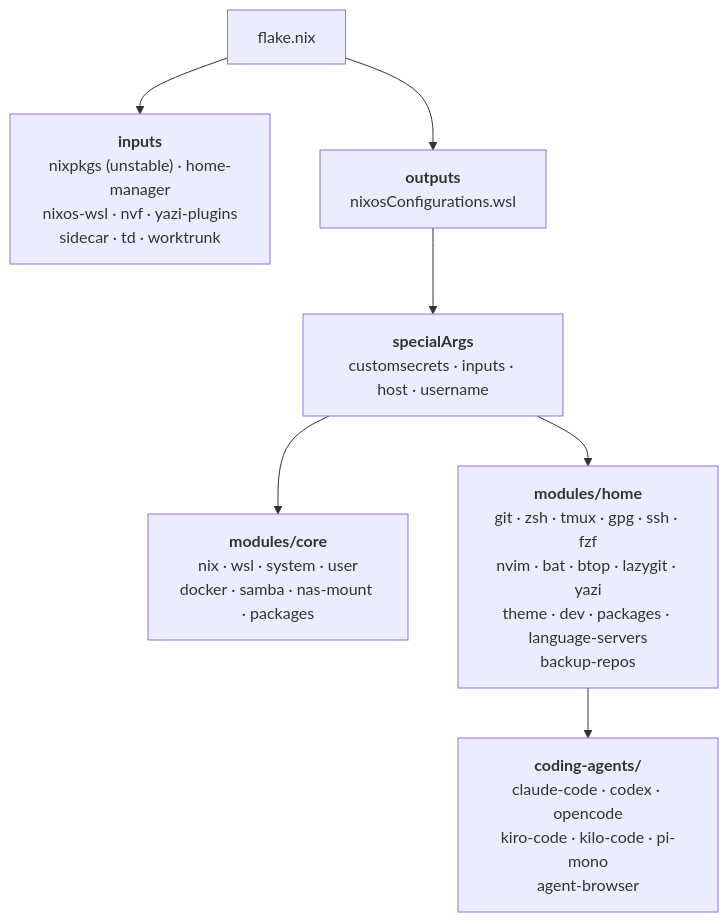
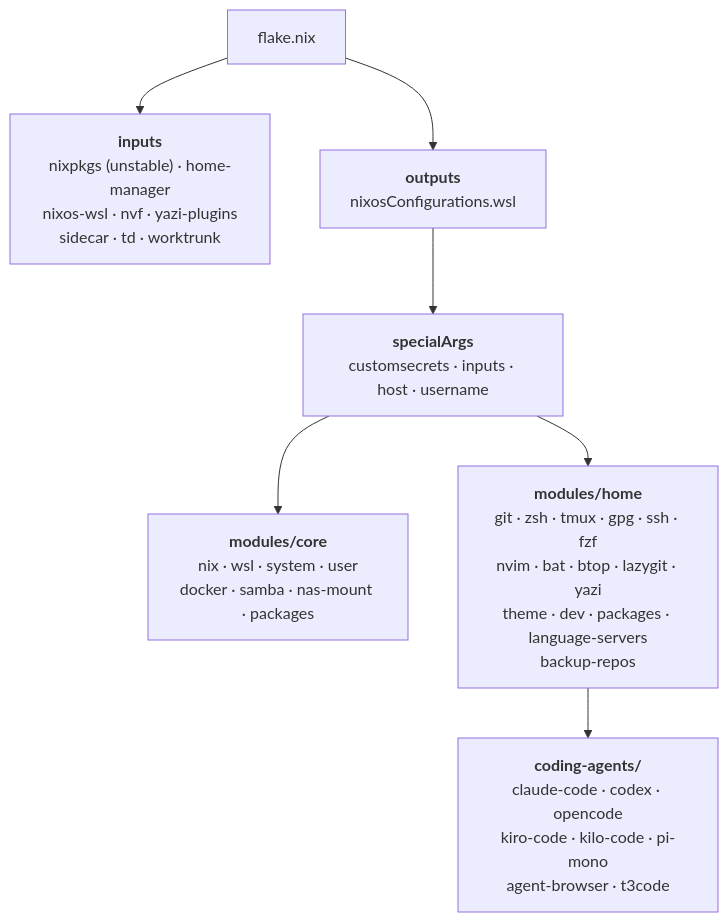
Before and after one commit to MoshPitCodes/moshpitcodes.wsl.nix: the first of 2 diagrams in README.md, drawn with Mermaid. The commit also changed other lines of this file and 3 other files, not shown here.

First line of the commit message:
feat(agents): add T3 Code web GUI to coding agents (#7)

````diff
--- a/README.md
+++ b/README.md
@@ -95,17 +95,17 @@
 ```mermaid
 flowchart TD
     flake["flake.nix"]
     inputs["<b>inputs</b><br/>nixpkgs (unstable) · home-manager<br/>nixos-wsl · nvf · yazi-plugins<br/>sidecar · td · worktrunk"]
     wsl["<b>outputs</b><br/>nixosConfigurations.wsl"]
     args["<b>specialArgs</b><br/>customsecrets · inputs · host · username"]
     core["<b>modules/core</b><br/>nix · wsl · system · user<br/>docker · samba · nas-mount · packages"]
     home["<b>modules/home</b><br/>git · zsh · tmux · gpg · ssh · fzf<br/>nvim · bat · btop · lazygit · yazi<br/>theme · dev · packages · language-servers<br/>backup-repos"]
-    agents["<b>coding-agents/</b><br/>claude-code · codex · opencode<br/>kiro-code · kilo-code · pi-mono<br/>agent-browser"]
+    agents["<b>coding-agents/</b><br/>claude-code · codex · opencode<br/>kiro-code · kilo-code · pi-mono<br/>agent-browser · t3code"]
 
     flake --> inputs
     flake --> wsl
     wsl --> args
     args --> core
     args --> home
     home --> agents
 ```
````
